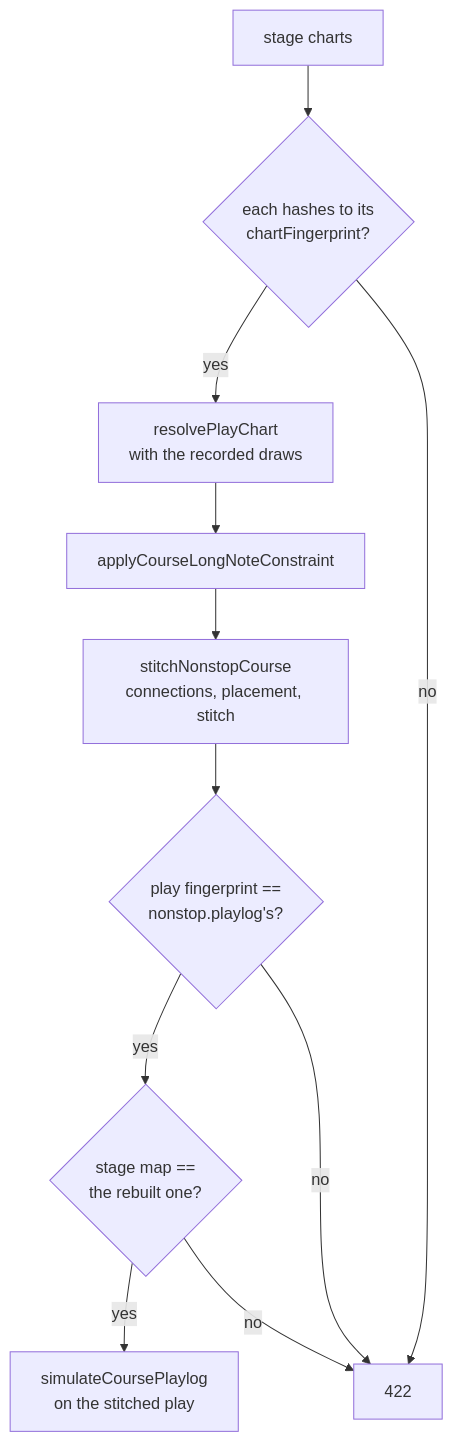
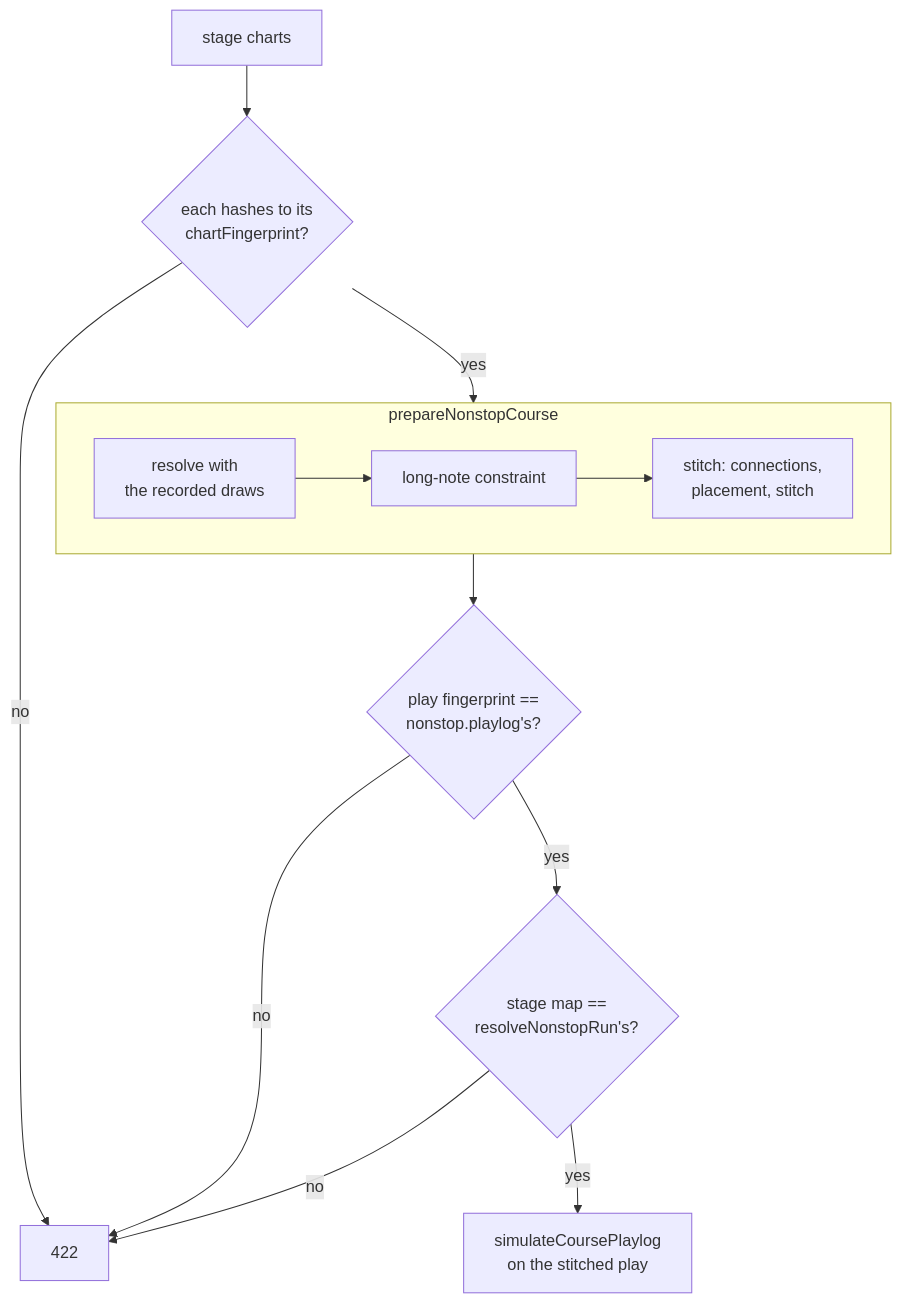
Before and after one commit to nulltask/be-music: the third of 3 diagrams in docs/leaderboard.md, drawn with Mermaid. The commit also changed other lines of this file and 3 other files, not shown here.

````diff
--- a/docs/leaderboard.md
+++ b/docs/leaderboard.md
@@ -350,13 +351,15 @@
 ```mermaid
 flowchart TD
   charts["stage charts"] --> fp{"each hashes to its<br/>chartFingerprint?"}
-  fp -->|yes| resolve["resolvePlayChart<br/>with the recorded draws"]
-  resolve --> ln["applyCourseLongNoteConstraint"]
-  ln --> stitch["stitchNonstopCourse<br/>connections, placement, stitch"]
-  stitch --> same{"play fingerprint ==<br/>nonstop.playlog's?"}
-  same -->|yes| map{"stage map ==<br/>the rebuilt one?"}
+  fp -->|yes| prepare
+  subgraph prepare["prepareNonstopCourse"]
+    resolve["resolve with<br/>the recorded draws"] --> ln["long-note constraint"]
+    ln --> stitch["stitch: connections,<br/>placement, stitch"]
+  end
+  prepare --> same{"play fingerprint ==<br/>nonstop.playlog's?"}
+  same -->|yes| map{"stage map ==<br/>resolveNonstopRun's?"}
   map -->|yes| sim["simulateCoursePlaylog<br/>on the stitched play"]
   fp -->|no| refuse["422"]
   same -->|no| refuse
   map -->|no| refuse
 ```
````
